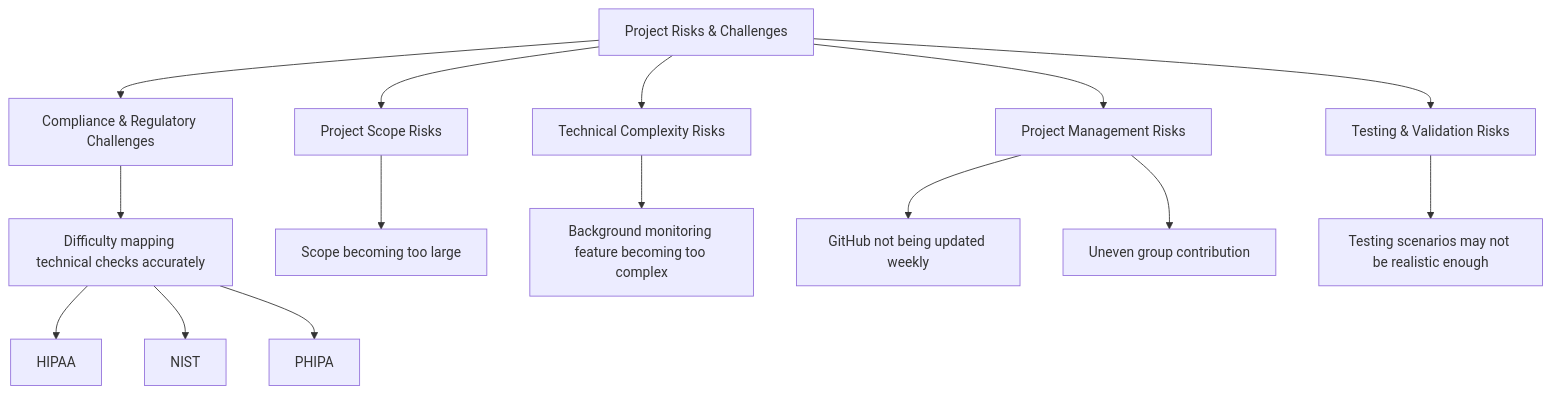
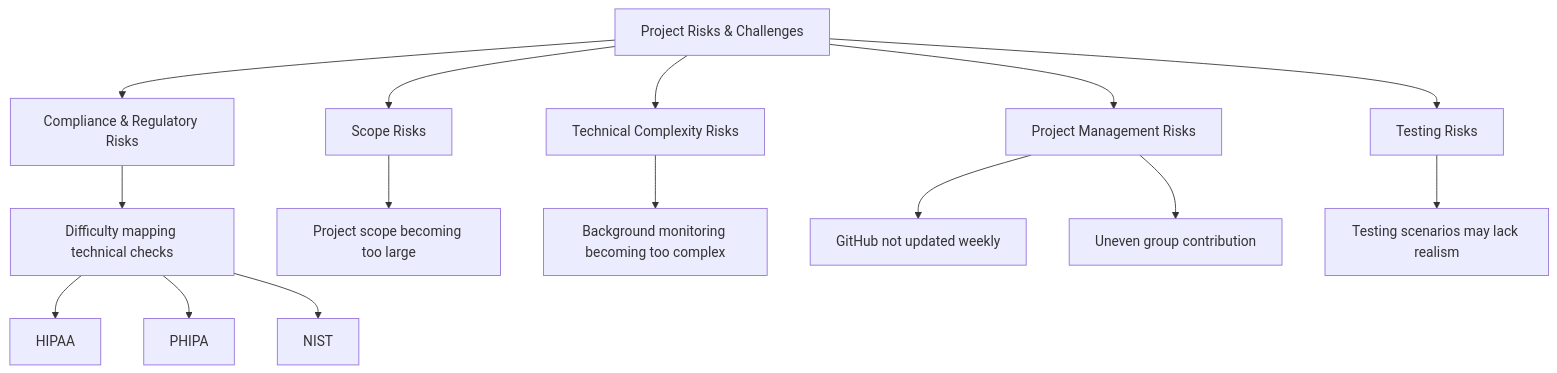
Before and after one commit to HealthcareCompilanceLab/healthcare-compliance-checker: the diagram in README.md, drawn with Mermaid. The commit also changed other lines of this file, not shown here.

````diff
--- a/README.md
+++ b/README.md
@@ -113,23 +199,24 @@
 ```mermaid
 graph TD
-    A[Project Risks & Challenges]
 
-    A --> B[Compliance & Regulatory Challenges]
-    B --> B1[Difficulty mapping technical checks accurately]
-    B1 --> B2[HIPAA]
-    B1 --> B3[NIST]
-    B1 --> B4[PHIPA]
+A[Project Risks & Challenges]
 
-    A --> C[Project Scope Risks]
-    C --> C1[Scope becoming too large]
+A --> B[Compliance & Regulatory Risks]
+B --> B1[Difficulty mapping technical checks]
+B1 --> B2[HIPAA]
+B1 --> B3[PHIPA]
+B1 --> B4[NIST]
 
-    A --> D[Technical Complexity Risks]
-    D --> D1[Background monitoring feature becoming too complex]
+A --> C[Scope Risks]
+C --> C1[Project scope becoming too large]
 
-    A --> E[Project Management Risks]
-    E --> E1[GitHub not being updated weekly]
-    E --> E2[Uneven group contribution]
+A --> D[Technical Complexity Risks]
+D --> D1[Background monitoring becoming too complex]
 
-    A --> F[Testing & Validation Risks]
-    F --> F1[Testing scenarios may not be realistic enough]
+A --> E[Project Management Risks]
+E --> E1[GitHub not updated weekly]
+E --> E2[Uneven group contribution]
+
+A --> F[Testing Risks]
+F --> F1[Testing scenarios may lack realism]
 ```
````
